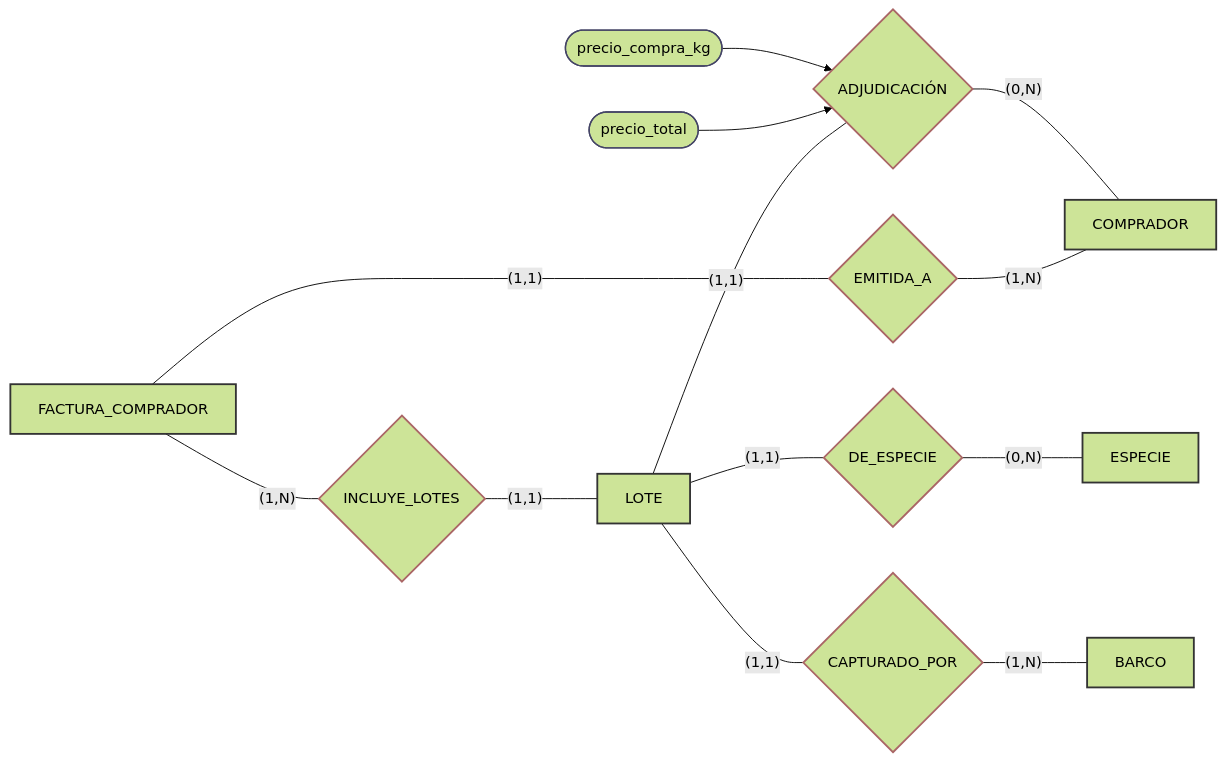
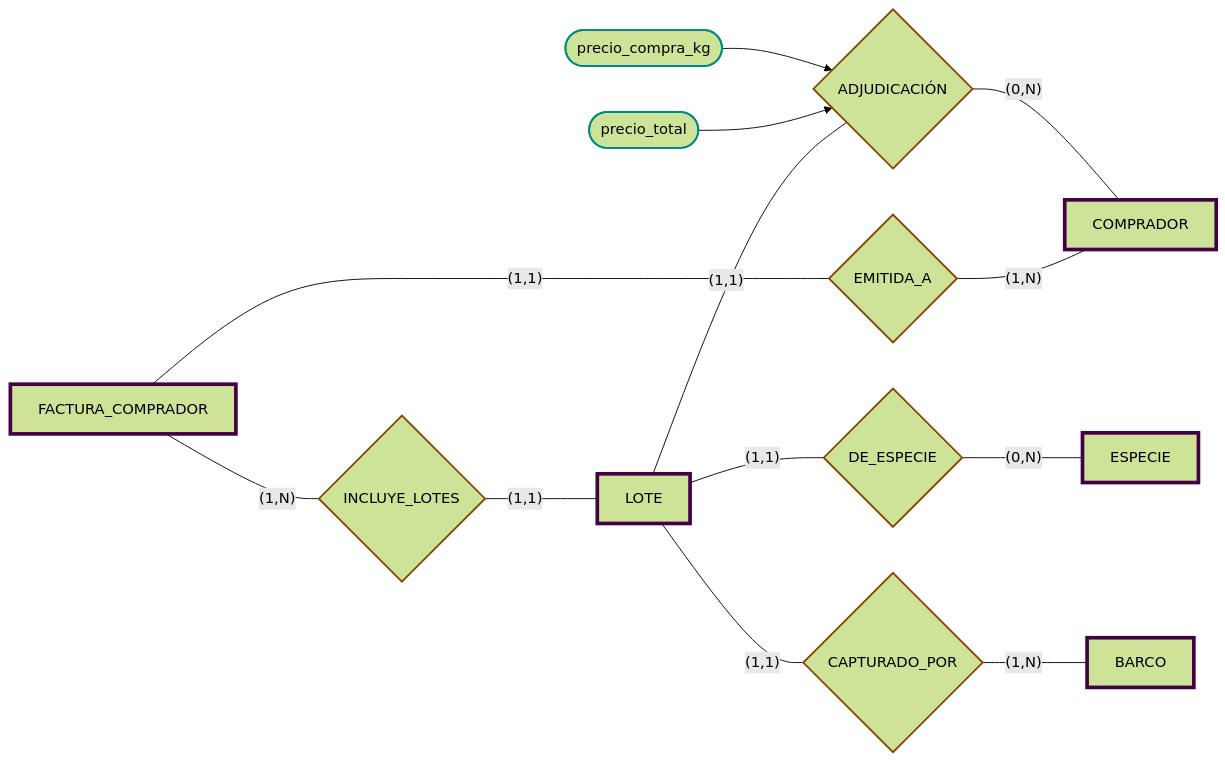
Before and after one commit to JulTob/Data: the sixth of 7 diagrams in DataBases/lonja_DB.md, drawn with Mermaid (forest theme). The commit also changed other lines of this file, not shown here.

````diff
--- a/DataBases/lonja_DB.md
+++ b/DataBases/lonja_DB.md
@@ -216,45 +227,45 @@
 ```mermaid
 flowchart LR   
 
-  classDef entidad stroke:#333,stroke-width:2px;
-  classDef relacion stroke:#a66,stroke-width:2px;
-  classDef atributo stroke:#446,stroke-width:1.5px;
+  classDef relacion stroke:#840,stroke-width:2px;
+  classDef atributo stroke:#088,stroke-width:2px;
+  classDef entidad stroke:#404,stroke-width:4px;
 
   %% Entidades
   Lote[LOTE]:::entidad
   Especie[ESPECIE]:::entidad
   Barco[BARCO]:::entidad
   Comprador[COMPRADOR]:::entidad
   FacturaC[FACTURA_COMPRADOR]:::entidad
 
   %% Relaciones
   DeEspecie{DE_ESPECIE}:::relacion
   CapturadoPor{CAPTURADO_POR}:::relacion
   Adjudicacion{ADJUDICACIÓN}:::relacion
   EmiteC{EMITIDA_A}:::relacion
   IncluyeLC{INCLUYE_LOTES}:::relacion
 
 
 
 
   %% Atributos de la RELACIÓN ADJUDICACIÓN
   precio_compra_kg([precio_compra_kg]):::atributo --> Adjudicacion
   precio_total([precio_total]):::atributo --> Adjudicacion
 
   %% Conexiones y cardinalidades
   Lote ---|"(1,1)"| DeEspecie
   DeEspecie ---|"(0,N)"| Especie
 
   Lote ---|"(1,1)"| CapturadoPor
   CapturadoPor ---|"(1,N)"| Barco
 
   Lote ---|"(1,1)"| Adjudicacion
   Adjudicacion ---|"(0,N)"| Comprador
 
   FacturaC ---|"(1,1)"| EmiteC
   EmiteC ---|"(1,N)"| Comprador
 
   FacturaC ---|"(1,N)"| IncluyeLC
   IncluyeLC ---|"(1,1)"| Lote
 
 ```
````
